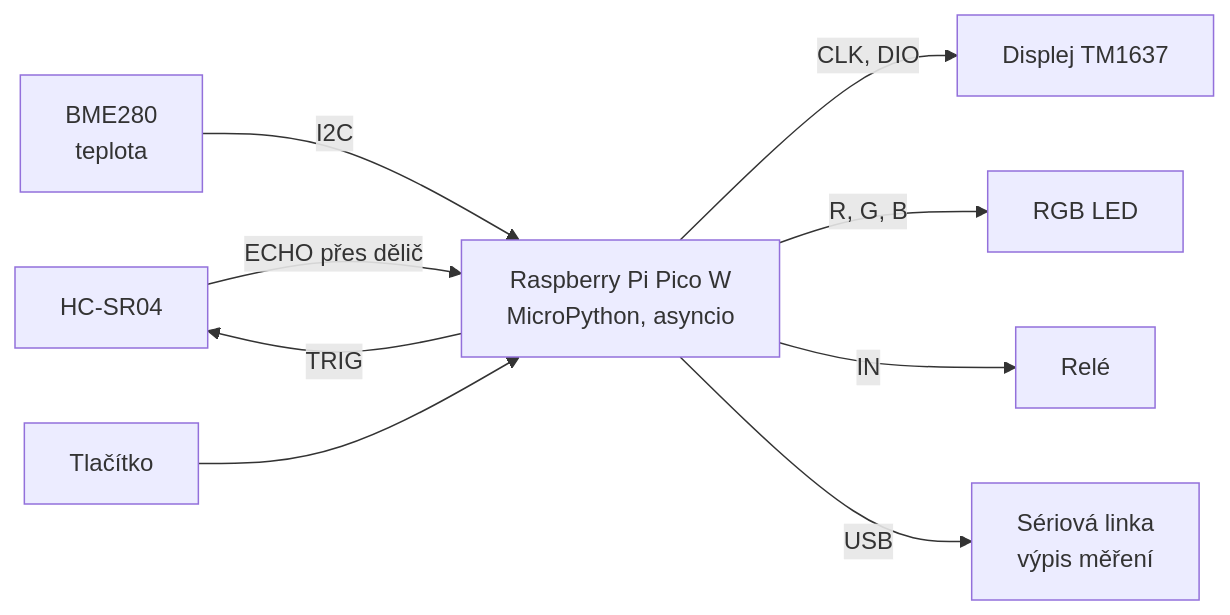
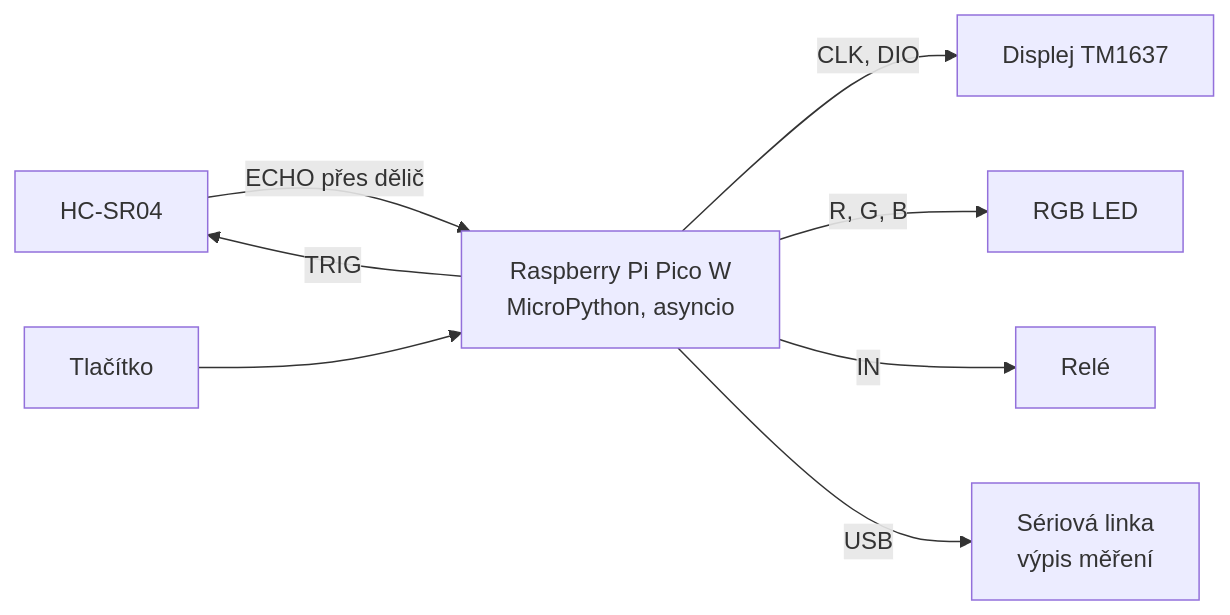
Before and after one commit to macicek27/Ultrasonic-distance-instrument: the diagram in README.md, drawn with Mermaid. The commit also changed other lines of this file, not shown here.

````diff
--- a/README.md
+++ b/README.md
@@ -49,12 +48,11 @@
 ```mermaid
 flowchart LR
     US[HC-SR04] -- ECHO přes dělič --> PICO
     PICO -- TRIG --> US
-    BME[BME280<br/>teplota] -- I2C --> PICO
     BTN[Tlačítko] --> PICO
     PICO[Raspberry Pi Pico W<br/>MicroPython, asyncio]
     PICO -- CLK, DIO --> DISP[Displej TM1637]
     PICO -- R, G, B --> LED[RGB LED]
     PICO -- IN --> REL[Relé]
     PICO -- USB --> SER[Sériová linka<br/>výpis měření]
 ```
````
